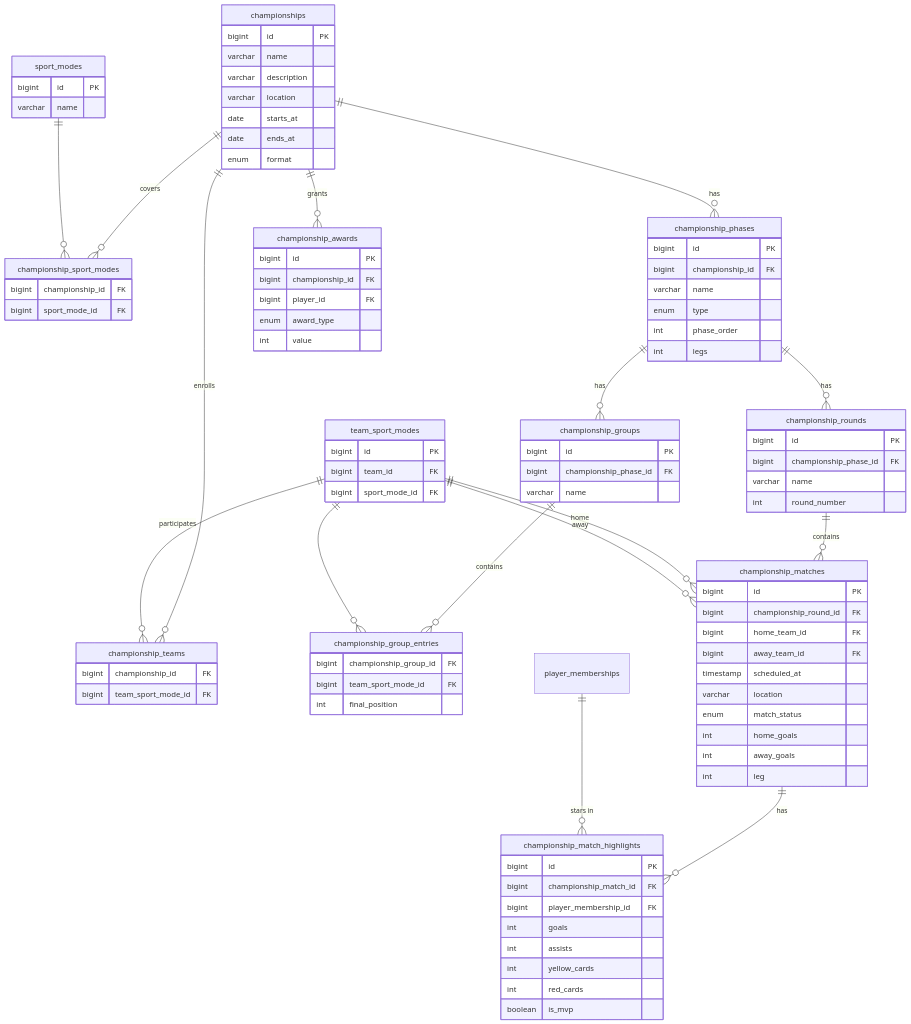
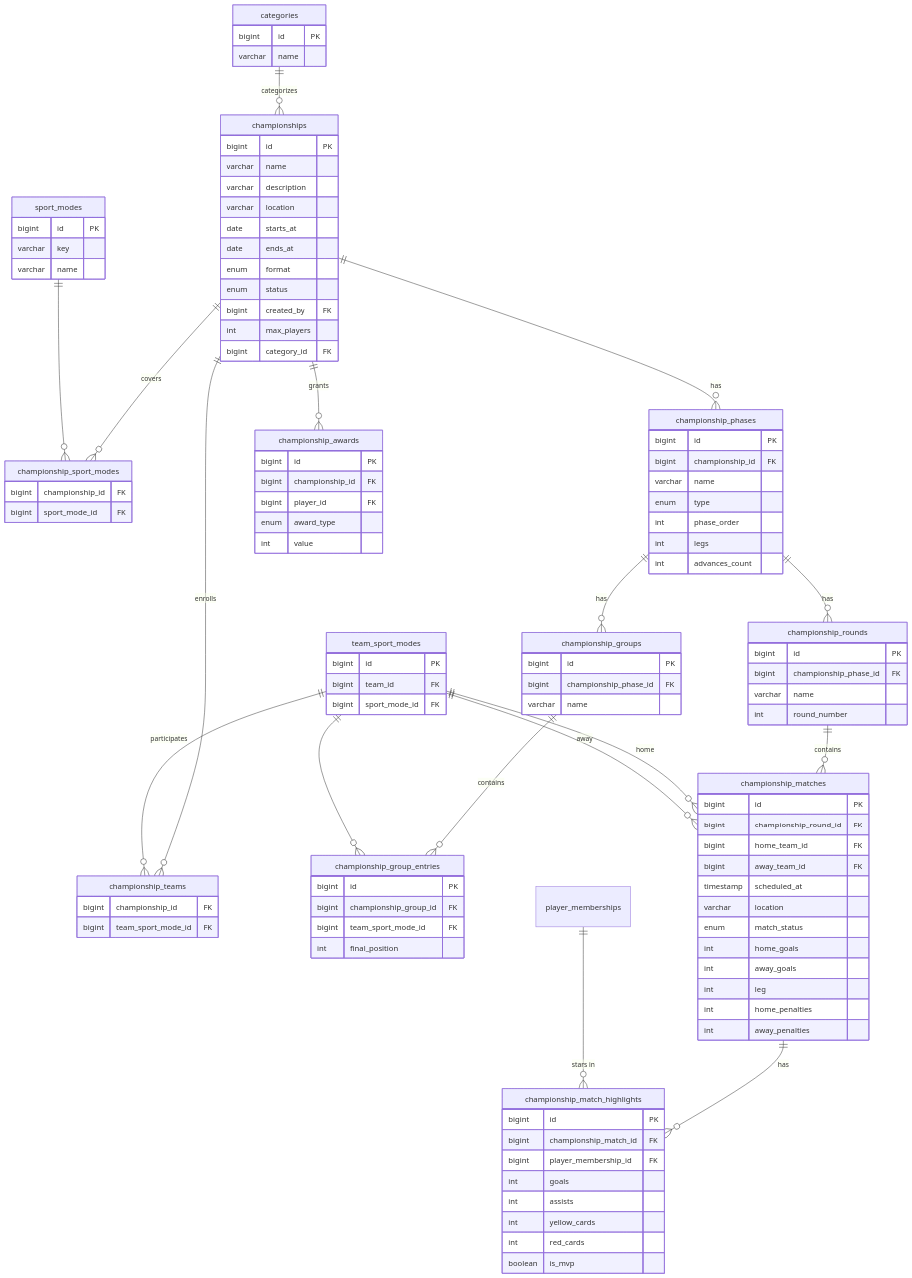
Before and after one commit to marcospfms/myclub-core: the fourth of 7 diagrams in docs/database/schema.md, drawn with Mermaid. The commit also changed other lines of this file and 7 other files, not shown here.

````diff
--- a/docs/database/schema.md
+++ b/docs/database/schema.md
@@ -574,5 +641,9 @@
 ```mermaid
 erDiagram
+    categories {
+        bigint id PK
+        varchar name
+    }
     championships {
         bigint id PK
         varchar name
@@ -581,9 +652,14 @@
         date starts_at
         date ends_at
         enum format
+        enum status
+        bigint created_by FK
+        int max_players
+        bigint category_id FK
     }
     sport_modes {
         bigint id PK
+        varchar key
         varchar name
     }
     championship_sport_modes {
@@ -606,6 +682,7 @@
         enum type
         int phase_order
         int legs
+        int advances_count
     }
     championship_groups {
         bigint id PK
@@ -613,6 +690,7 @@
         varchar name
     }
     championship_group_entries {
+        bigint id PK
         bigint championship_group_id FK
         bigint team_sport_mode_id FK
         int final_position
@@ -634,6 +712,8 @@
         int home_goals
         int away_goals
         int leg
+        int home_penalties
+        int away_penalties
     }
     championship_match_highlights {
         bigint id PK
@@ -653,6 +733,7 @@
         int value
     }
 
+    categories ||--o{ championships : "categorizes"
     championships ||--o{ championship_sport_modes : "covers"
     sport_modes ||--o{ championship_sport_modes : ""
     championships ||--o{ championship_teams : "enrolls"
````
